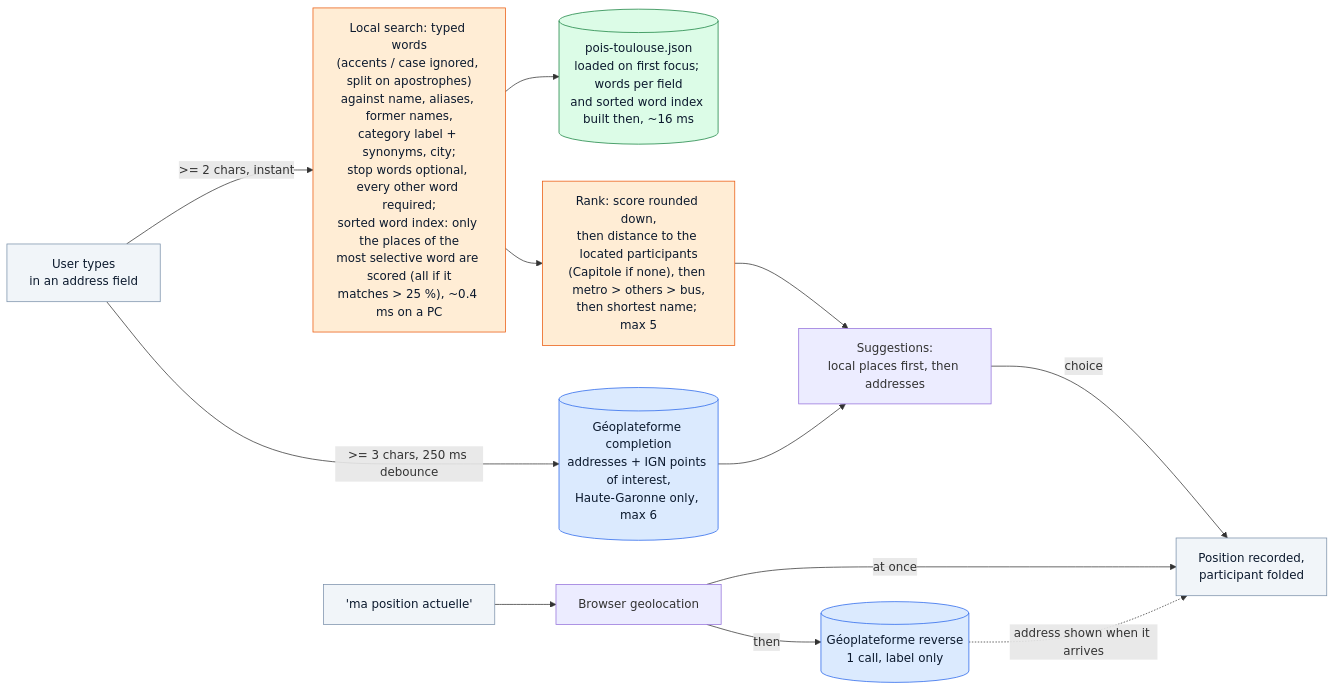
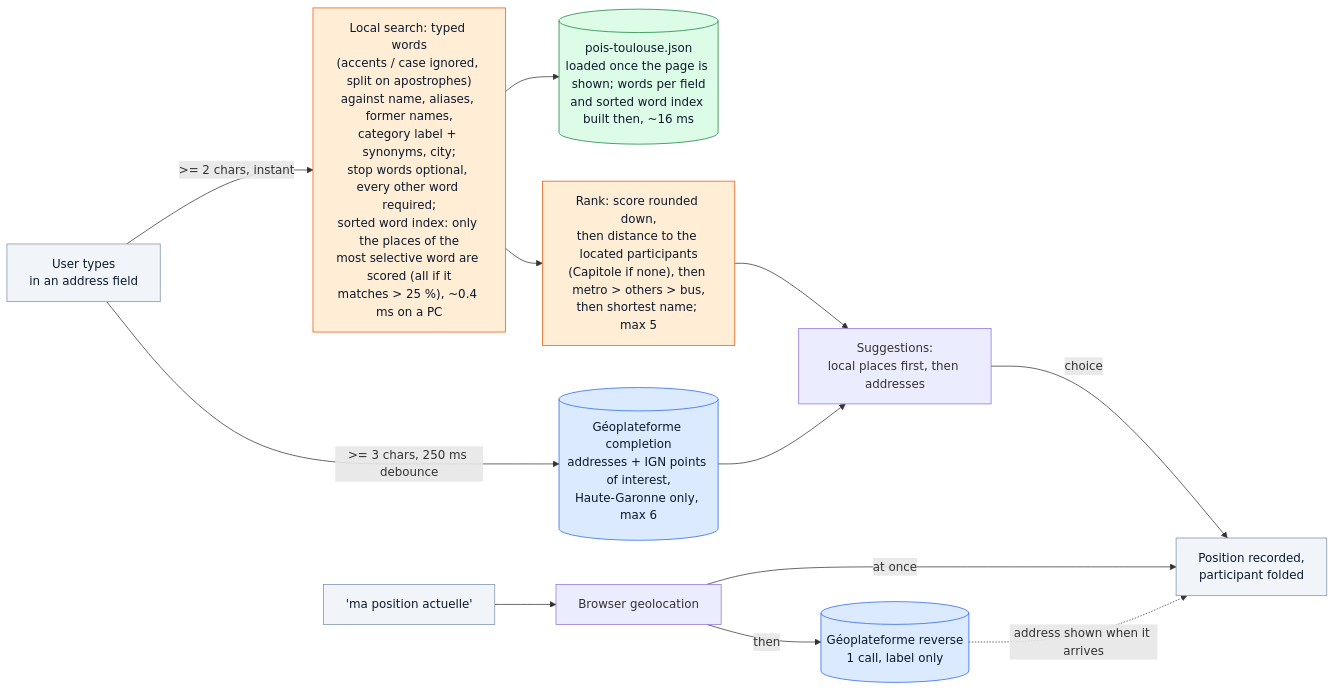
Before and after one commit to NicolasGresset/portfolio: the second of 4 diagrams in docs/location-pipeline.md, drawn with Mermaid. The commit also changed other lines of this file and 5 other files, not shown here.

First line of the commit message:
Rename the Location page to Rendez-vous and load its places at once

````diff
--- a/docs/location-pipeline.md
+++ b/docs/location-pipeline.md
@@ -61,21 +61,21 @@
 ```mermaid
 flowchart LR
     classDef api fill:#DBEAFE,stroke:#2563EB,color:#0C1A2E
     classDef local fill:#DCFCE7,stroke:#15803D,color:#0C1A2E
     classDef algo fill:#FFEDD5,stroke:#EA580C,color:#0C1A2E
     classDef user fill:#F1F5F9,stroke:#7A90AA,color:#0C1A2E
 
     TYPE["User types<br/>in an address field"]:::user
     TYPE -->|">= 2 chars, instant"| LOCAL["Local search: typed words<br/>(accents / case ignored, split on apostrophes)<br/>against name, aliases, former names,<br/>category label + synonyms, city;<br/>stop words optional, every other word required;<br/>sorted word index: only the places of the<br/>most selective word are scored (all if it<br/>matches > 25 %), ~0.4 ms on a PC"]:::algo
-    LOCAL --> JSON[("pois-toulouse.json<br/>loaded on first focus; words per field<br/>and sorted word index built then, ~16 ms")]:::local
+    LOCAL --> JSON[("pois-toulouse.json<br/>loaded once the page is shown; words per field<br/>and sorted word index built then, ~16 ms")]:::local
     LOCAL --> RANK["Rank: score rounded down,<br/>then distance to the located participants<br/>(Capitole if none), then metro > others > bus,<br/>then shortest name; max 5"]:::algo
     TYPE -->|">= 3 chars, 250 ms debounce"| COMPLETION[("Géoplateforme completion<br/>addresses + IGN points of interest,<br/>Haute-Garonne only, max 6")]:::api
     RANK --> LIST["Suggestions:<br/>local places first, then addresses"]
     COMPLETION --> LIST
     LIST -->|"choice"| POS["Position recorded,<br/>participant folded"]:::user
 
     GEO["'ma position actuelle'"]:::user --> BROWSERGEO["Browser geolocation"]
     BROWSERGEO -->|"at once"| POS
     BROWSERGEO -->|"then"| REVERSE[("Géoplateforme reverse<br/>1 call, label only")]:::api
     REVERSE -.->|"address shown when it arrives"| POS
 ```
````
